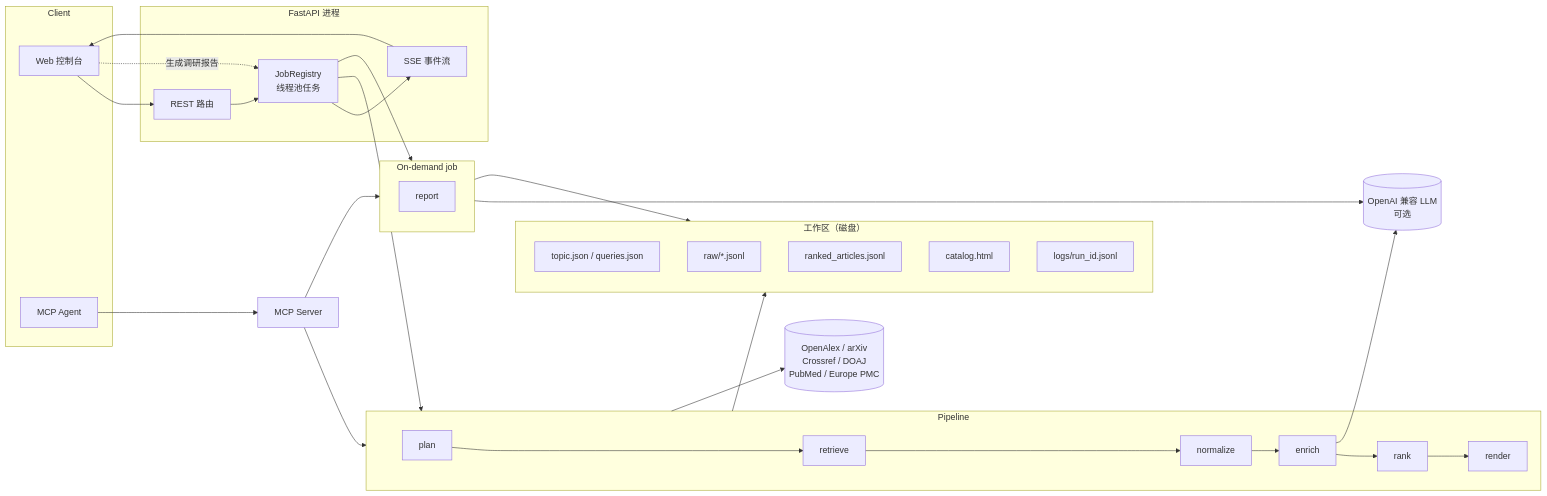
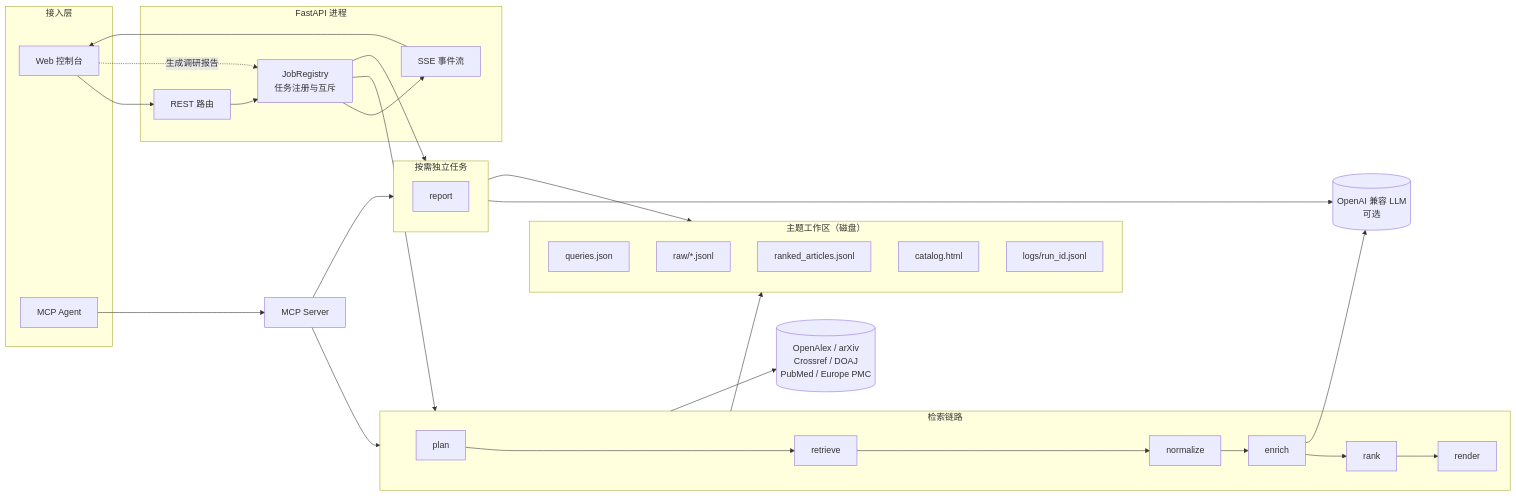
One commit to njuptemmm/Sextant changed the diagram in README.md. Above: the diagram before and after it, drawn with Mermaid. The commit also changed other lines of this file and 4 other files, not shown here.

````diff
--- a/README.md
+++ b/README.md
@@ -82,40 +115,40 @@
 ```mermaid
 flowchart LR
-    subgraph Client
+    subgraph Client["接入层"]
         W[Web 控制台]
         A[MCP Agent]
     end
     subgraph API["FastAPI 进程"]
         R[REST 路由]
-        J[JobRegistry<br/>线程池任务]
+        J[JobRegistry<br/>任务注册与互斥]
         S[SSE 事件流]
     end
-    subgraph Core["Pipeline"]
+    subgraph Core["检索链路"]
         P1[plan] --> P2[retrieve] --> P3[normalize] --> P4[enrich] --> P5[rank] --> P6[render]
     end
-    subgraph Report["On-demand job"]
+    subgraph Report["按需独立任务"]
         RP[report]
     end
-    subgraph Data["工作区（磁盘）"]
-        D1[topic.json / queries.json]
+    subgraph Data["主题工作区（磁盘）"]
+        D1[queries.json]
         D2[raw/*.jsonl]
         D3[ranked_articles.jsonl]
         D4[catalog.html]
         D5[logs/run_id.jsonl]
     end
     O[(OpenAlex / arXiv<br/>Crossref / DOAJ<br/>PubMed / Europe PMC)]
     L[(OpenAI 兼容 LLM<br/>可选)]
 
     W --> R
     A --> M[MCP Server]
     R --> J --> Core
     W -. "生成调研报告" .-> J --> Report
     Core --> O
     P4 --> L
     Report --> L
     Core --> Data
     Report --> Data
     J --> S --> W
     M --> Core
     M --> Report
 ```
````
